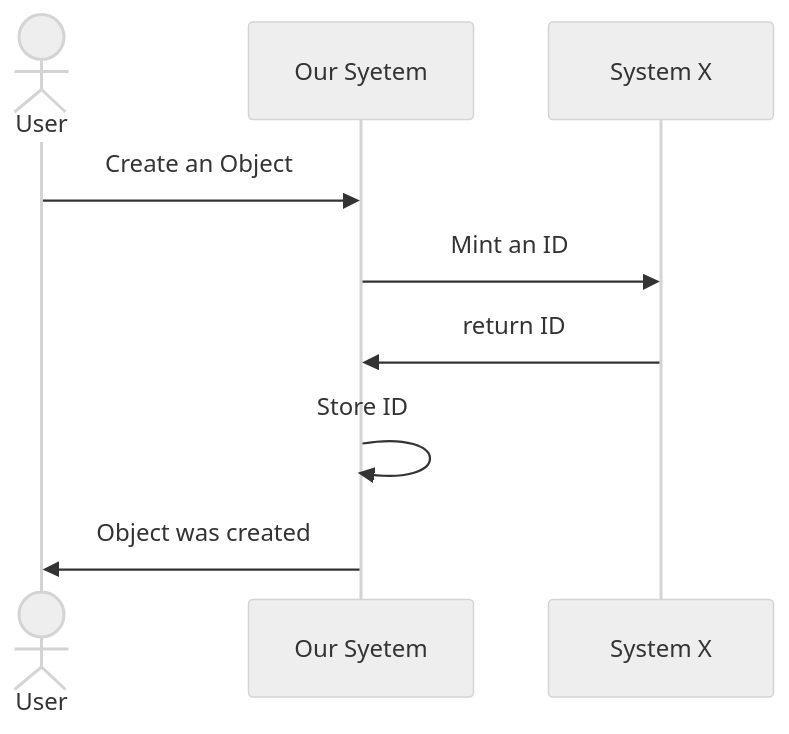
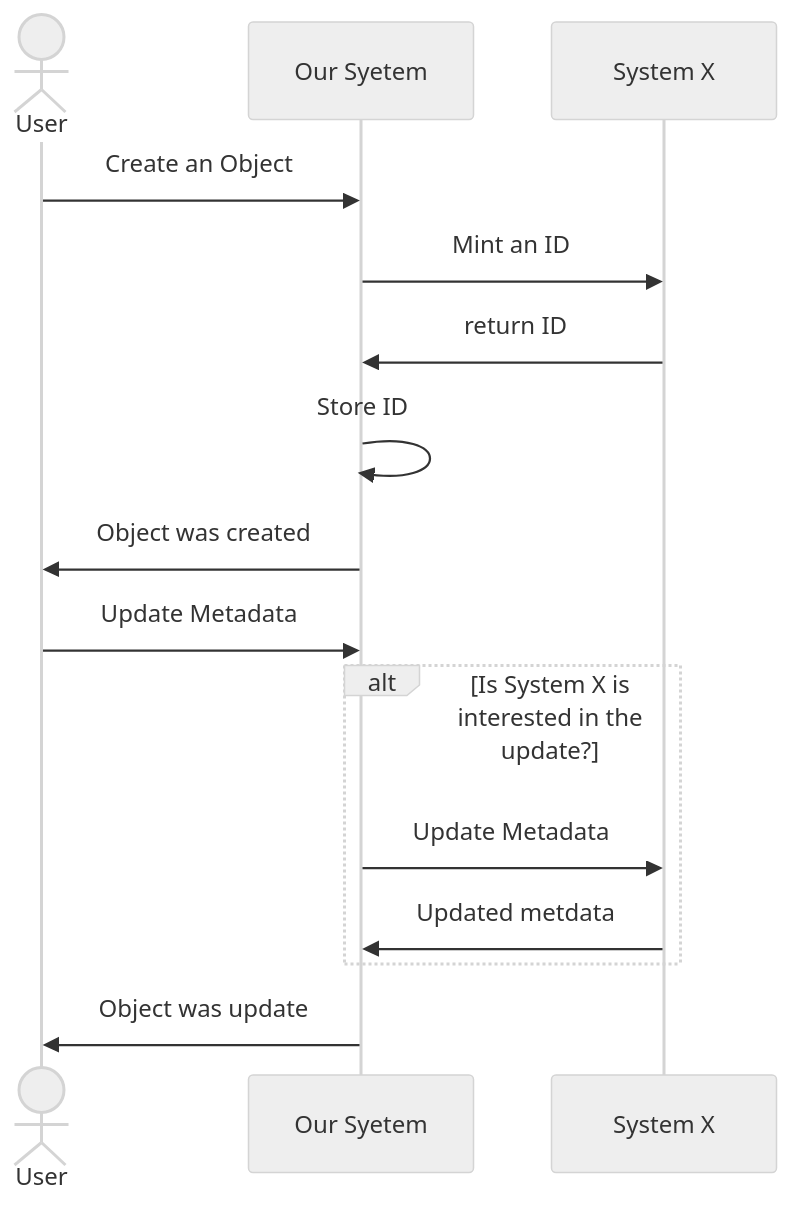
The first of 6 diagrams in empty-flow.md (carolyncole/i_love_mermaid), drawn with Mermaid (neutral theme) before and after one commit.

Commit message:
Second requirement with alternate

````diff
--- a/empty-flow.md
+++ b/empty-flow.md
@@ -10,11 +10,17 @@
 ```mermaid
 sequenceDiagram
 actor user as User
 participant oursys as Our Syetem
 participant sysx as System X
 user->>oursys: Create an Object
 oursys->>sysx: Mint an ID
 sysx->>oursys: return ID
 oursys->>oursys: Store ID
 oursys->>user: Object was created
+user->>oursys: Update Metadata
+alt Is System X is interested in the update?
+oursys->>sysx: Update Metadata
+sysx->>oursys: Updated metdata
+end
+oursys->>user: Object was update
 ```
````
